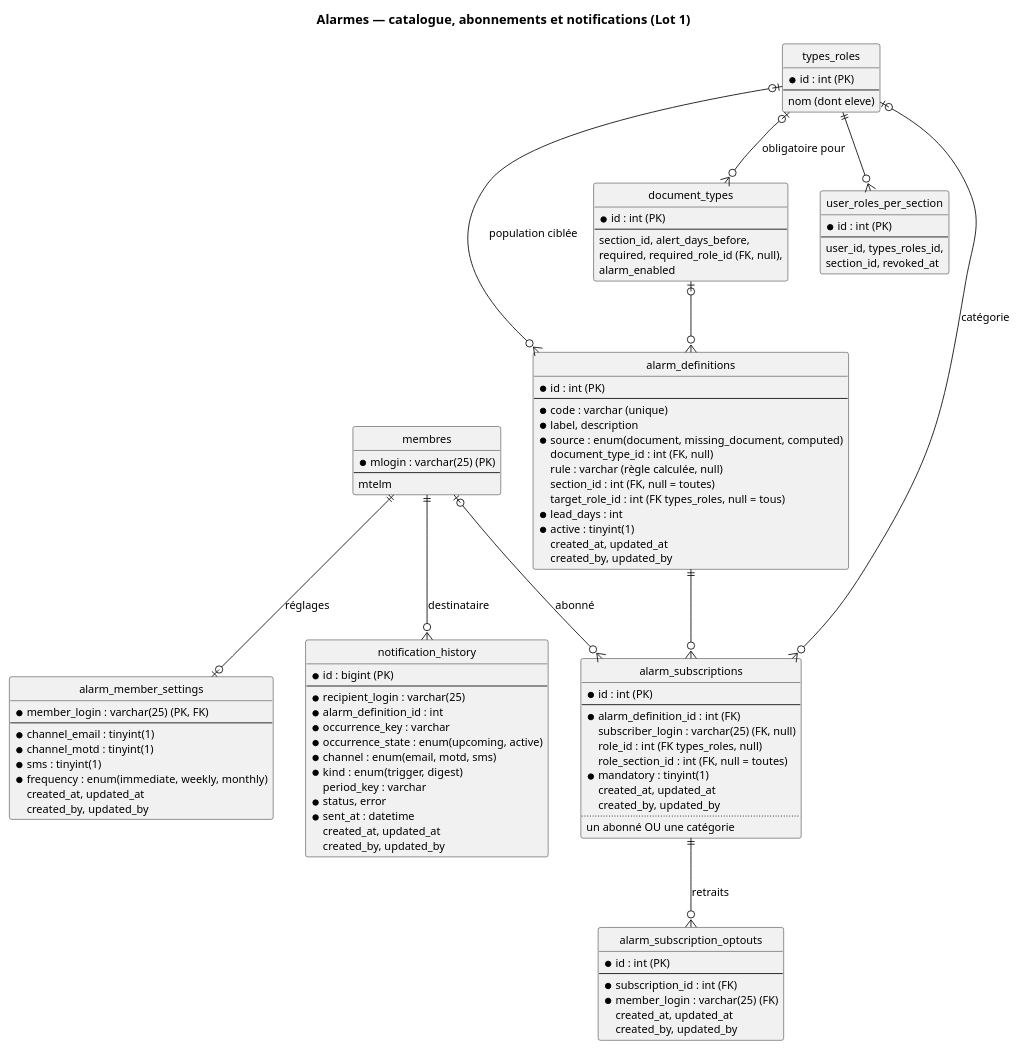
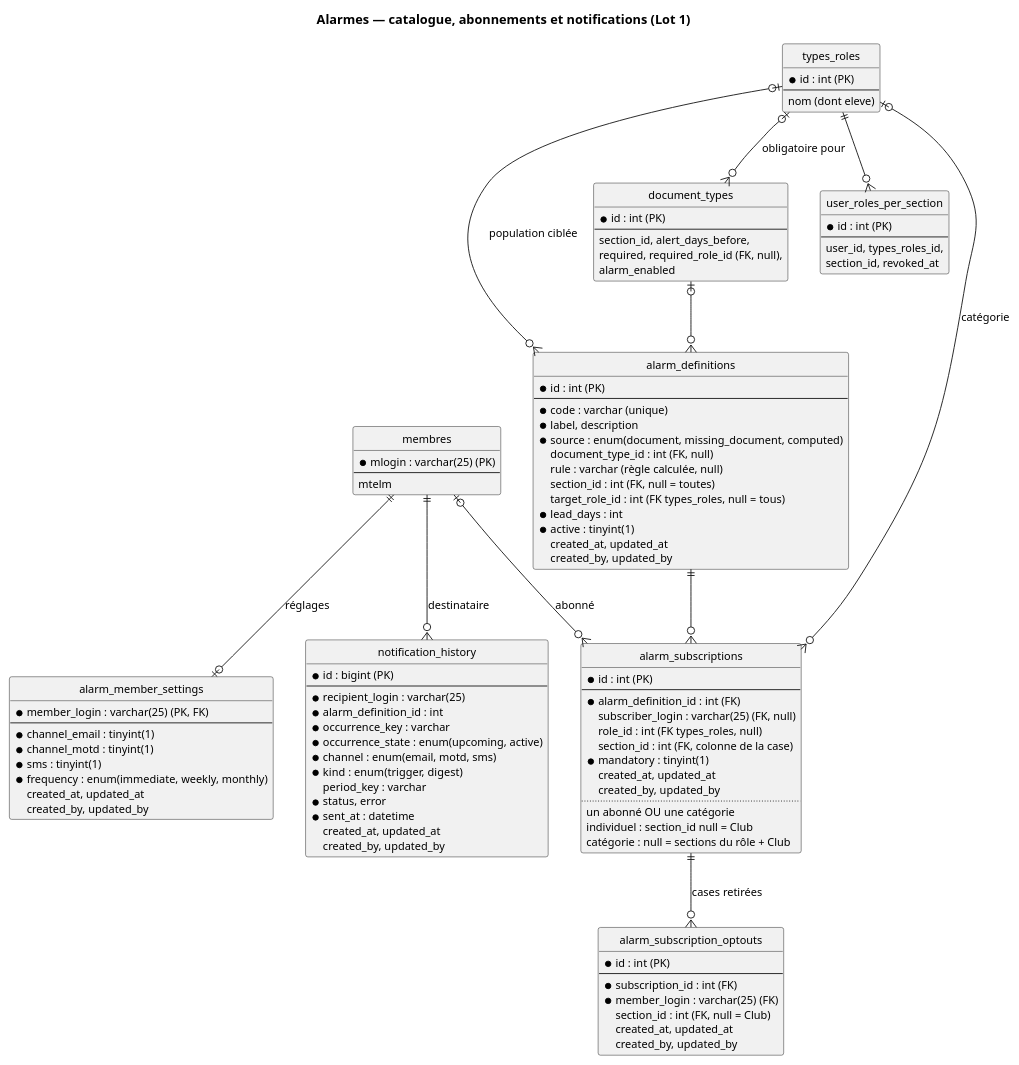
The diagram in doc/design_notes/diagrams/abonnements_alarmes.puml (flub78/gvv), drawn with PlantUML before and after one commit. The commit also changed 27 other files, not shown here.

```diff
--- a/doc/design_notes/diagrams/abonnements_alarmes.puml
+++ b/doc/design_notes/diagrams/abonnements_alarmes.puml
@@ -1,112 +1,115 @@
 @startuml abonnements_alarmes
 skinparam backgroundColor white
 skinparam defaultFontSize 12
 hide circle
 hide methods
 
 title Alarmes — catalogue, abonnements et notifications (Lot 1)
 
 entity alarm_definitions {
   * id : int (PK)
   --
   * code : varchar (unique)
   * label, description
   * source : enum(document, missing_document, computed)
   document_type_id : int (FK, null)
   rule : varchar (règle calculée, null)
   section_id : int (FK, null = toutes)
   target_role_id : int (FK types_roles, null = tous)
   * lead_days : int
   * active : tinyint(1)
   created_at, updated_at
   created_by, updated_by
 }
 
 entity alarm_subscriptions {
   * id : int (PK)
   --
   * alarm_definition_id : int (FK)
   subscriber_login : varchar(25) (FK, null)
   role_id : int (FK types_roles, null)
-  role_section_id : int (FK, null = toutes)
+  section_id : int (FK, colonne de la case)
   * mandatory : tinyint(1)
   created_at, updated_at
   created_by, updated_by
   ..
   un abonné OU une catégorie
+  individuel : section_id null = Club
+  catégorie : null = sections du rôle + Club
 }
 
 entity alarm_subscription_optouts {
   * id : int (PK)
   --
   * subscription_id : int (FK)
   * member_login : varchar(25) (FK)
+  section_id : int (FK, null = Club)
   created_at, updated_at
   created_by, updated_by
 }
 
 entity alarm_member_settings {
   * member_login : varchar(25) (PK, FK)
   --
   * channel_email : tinyint(1)
   * channel_motd : tinyint(1)
   * sms : tinyint(1)
   * frequency : enum(immediate, weekly, monthly)
   created_at, updated_at
   created_by, updated_by
 }
 
 entity notification_history {
   * id : bigint (PK)
   --
   * recipient_login : varchar(25)
   * alarm_definition_id : int
   * occurrence_key : varchar
   * occurrence_state : enum(upcoming, active)
   * channel : enum(email, motd, sms)
   * kind : enum(trigger, digest)
   period_key : varchar
   * status, error
   * sent_at : datetime
   created_at, updated_at
   created_by, updated_by
 }
 
 entity membres {
   * mlogin : varchar(25) (PK)
   --
   mtelm
 }
 
 entity types_roles {
   * id : int (PK)
   --
   nom (dont eleve)
 }
 
 entity user_roles_per_section {
   * id : int (PK)
   --
   user_id, types_roles_id,
   section_id, revoked_at
 }
 
 entity document_types {
   * id : int (PK)
   --
   section_id, alert_days_before,
   required, required_role_id (FK, null),
   alarm_enabled
 }
 
 alarm_definitions ||--o{ alarm_subscriptions
 document_types |o--o{ alarm_definitions
-alarm_subscriptions ||--o{ alarm_subscription_optouts : retraits
+alarm_subscriptions ||--o{ alarm_subscription_optouts : cases retirées
 membres |o--o{ alarm_subscriptions : abonné
 types_roles |o--o{ alarm_subscriptions : catégorie
 membres ||--o| alarm_member_settings : réglages
 membres ||--o{ notification_history : destinataire
 types_roles ||--o{ user_roles_per_section
 types_roles |o--o{ document_types : obligatoire pour
 types_roles |o--o{ alarm_definitions : population ciblée
 @enduml
```
